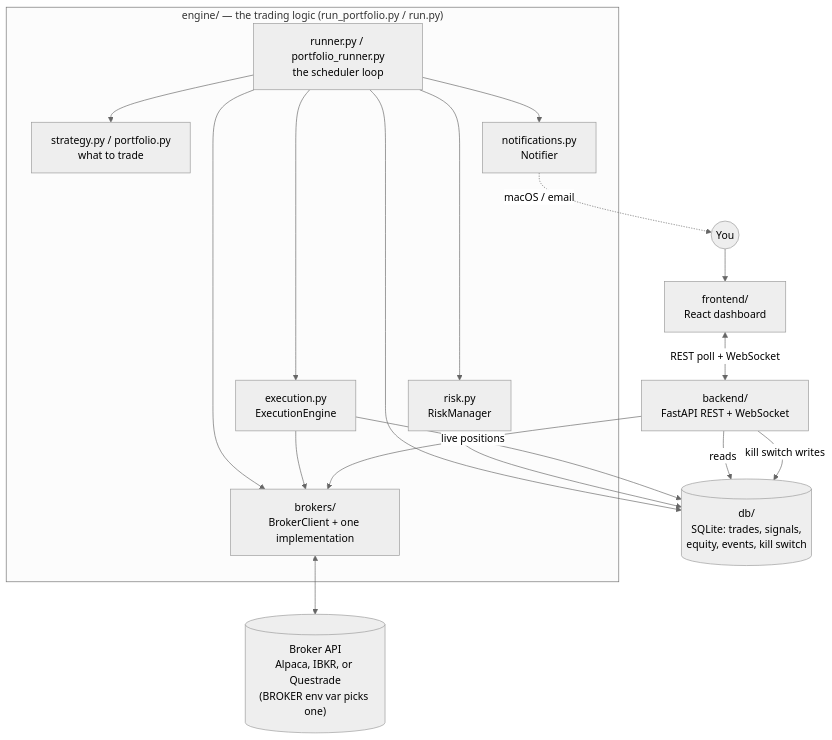
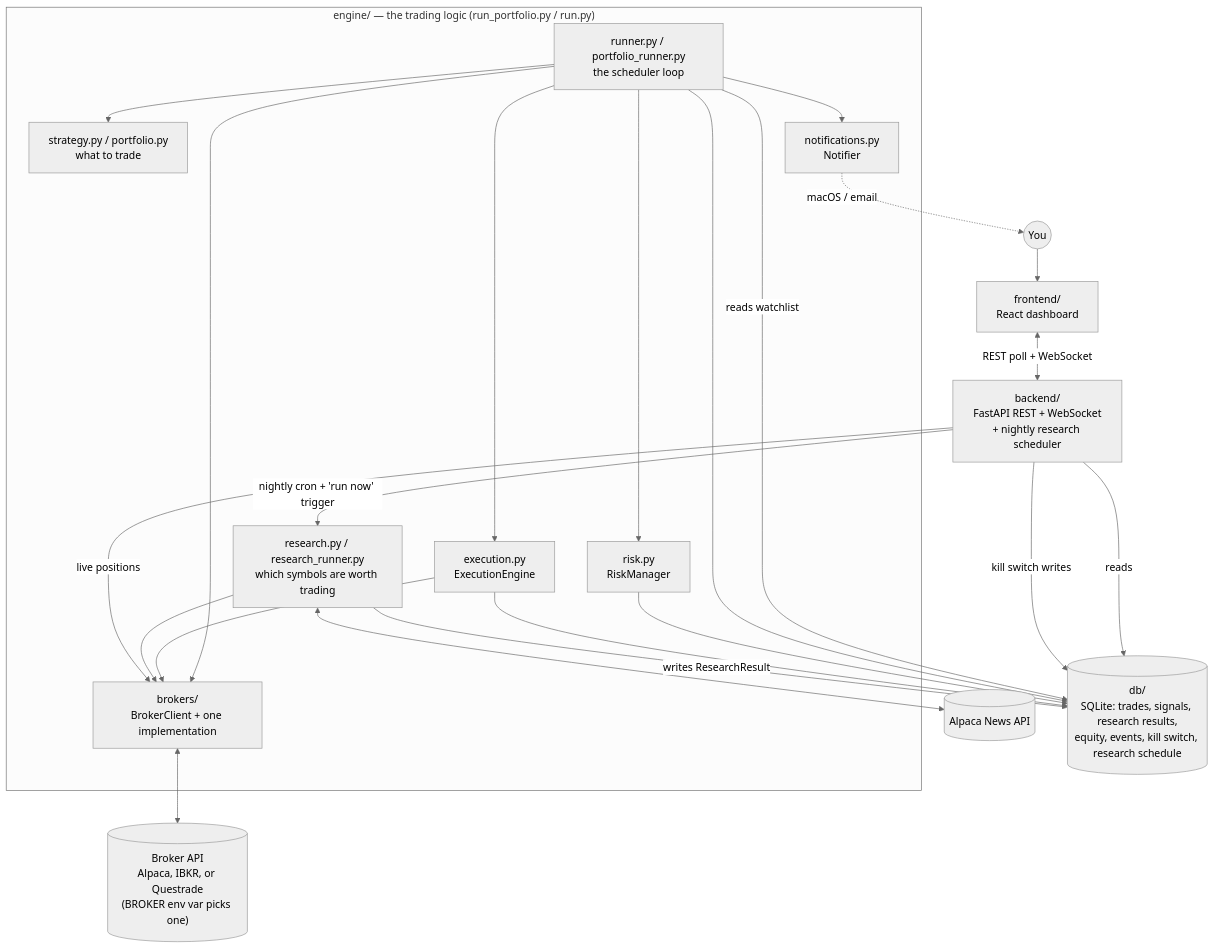
Before and after one commit to chlovec/autotrader: the diagram in ARCHITECTURE.md, drawn with Mermaid (neutral theme). The commit also changed other lines of this file and 23 other files, not shown here.

First line of the commit message:
Add a research bot with a dashboard-integrated nightly schedule

````diff
--- a/ARCHITECTURE.md
+++ b/ARCHITECTURE.md
@@ -8,36 +8,43 @@
 ```mermaid
 flowchart TB
     BrokerAPI[("Broker API<br/>Alpaca, IBKR, or Questrade<br/>(BROKER env var picks one)")]
 
     subgraph Engine["engine/ — the trading logic (run_portfolio.py / run.py)"]
         Broker["brokers/<br/>BrokerClient + one implementation"]
         Strategy["strategy.py / portfolio.py<br/>what to trade"]
         Risk["risk.py<br/>RiskManager"]
         Exec["execution.py<br/>ExecutionEngine"]
         Notify["notifications.py<br/>Notifier"]
         Runner["runner.py / portfolio_runner.py<br/>the scheduler loop"]
+        Research["research.py / research_runner.py<br/>which symbols are worth trading"]
     end
 
-    DB[("db/<br/>SQLite: trades, signals,<br/>equity, events, kill switch")]
-    Backend["backend/<br/>FastAPI REST + WebSocket"]
+    NewsAPI[("Alpaca News API")]
+    DB[("db/<br/>SQLite: trades, signals, research results,<br/>equity, events, kill switch, research schedule")]
+    Backend["backend/<br/>FastAPI REST + WebSocket<br/>+ nightly research scheduler"]
     Frontend["frontend/<br/>React dashboard"]
     Person(("You"))
 
     Runner --> Broker
     Runner --> Strategy
     Runner --> Risk
     Runner --> Exec
     Runner --> Notify
+    Runner -- "reads watchlist" --> DB
     Broker <--> BrokerAPI
     Exec --> Broker
     Runner --> DB
     Risk --> DB
     Exec --> DB
+    Research --> Broker
+    Research <--> NewsAPI
+    Research -- "writes ResearchResult" --> DB
 
     Backend -- reads --> DB
     Backend -- live positions --> Broker
     Backend -- kill switch writes --> DB
+    Backend -- "nightly cron + 'run now' trigger" --> Research
     Frontend <-- "REST poll + WebSocket" --> Backend
     Person --> Frontend
     Notify -. "macOS / email" .-> Person
 ```
````
